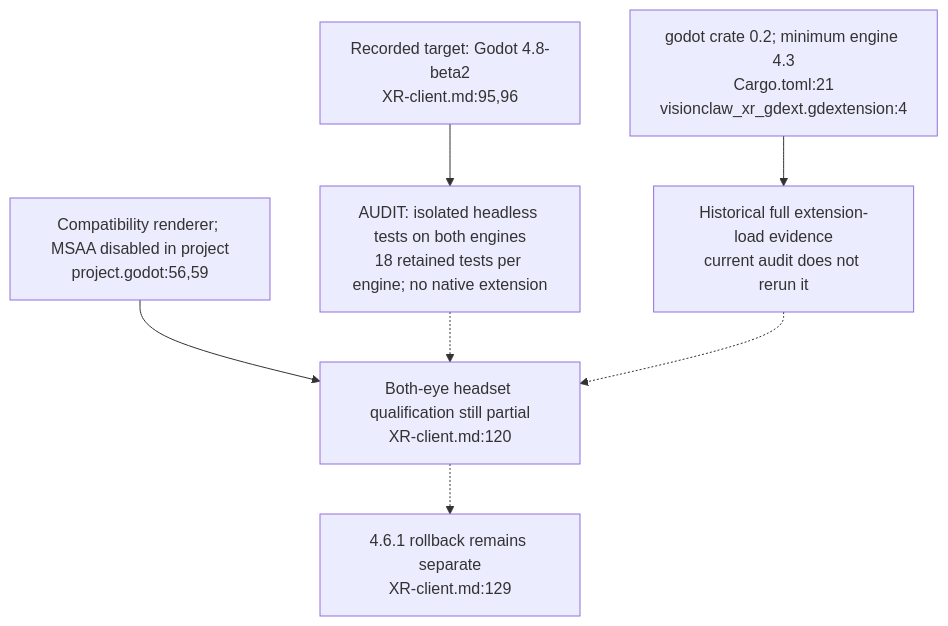
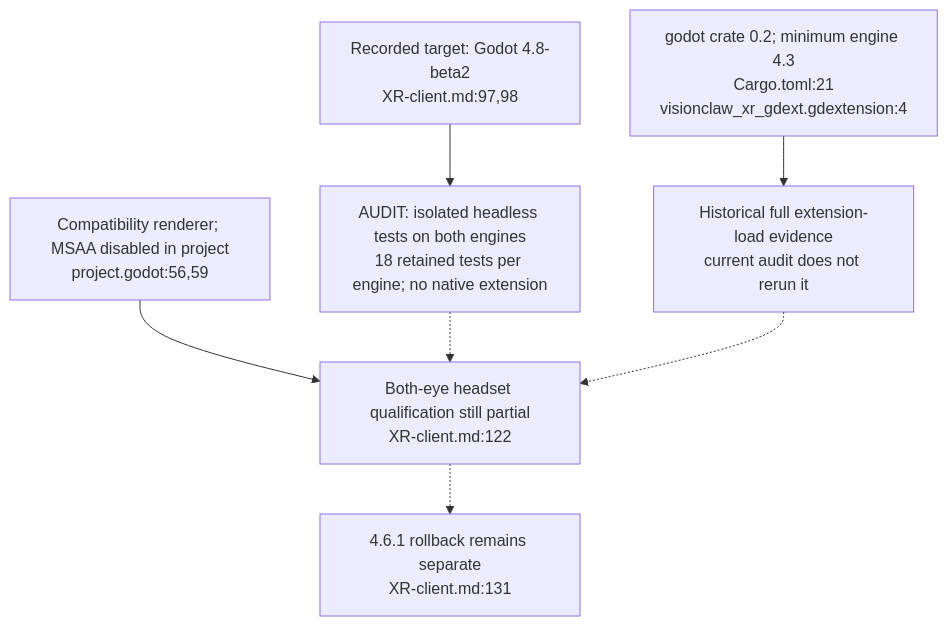
One commit to DreamLab-AI/VisionFlow changed the fourth of 5 diagrams in docs/diagrams/visionclaw/51-xr-visual-budget-and-engine-gates.md. Above: the diagram before and after it, drawn with Mermaid. The commit also changed other lines of this file and 173 other files, not shown here.

````diff
--- a/docs/diagrams/visionclaw/51-xr-visual-budget-and-engine-gates.md
+++ b/docs/diagrams/visionclaw/51-xr-visual-budget-and-engine-gates.md
@@ -79,10 +79,10 @@
 ```mermaid
 flowchart TD
-    TARGET["Recorded target: Godot 4.8-beta2<br/>XR-client.md:95,96"] --> CONTROLLER["AUDIT: isolated headless tests on both engines<br/>18 retained tests per engine; no native extension"]
-    ROLLBACK["4.6.1 rollback remains separate<br/>XR-client.md:129"]
+    TARGET["Recorded target: Godot 4.8-beta2<br/>XR-client.md:97,98"] --> CONTROLLER["AUDIT: isolated headless tests on both engines<br/>18 retained tests per engine; no native extension"]
+    ROLLBACK["4.6.1 rollback remains separate<br/>XR-client.md:131"]
     API["godot crate 0.2; minimum engine 4.3<br/>Cargo.toml:21<br/>visionclaw_xr_gdext.gdextension:4"] --> LOAD["Historical full extension-load evidence<br/>current audit does not rerun it"]
-    RENDER["Compatibility renderer; MSAA disabled in project<br/>project.godot:56,59"] --> STEREO["Both-eye headset qualification still partial<br/>XR-client.md:120"]
+    RENDER["Compatibility renderer; MSAA disabled in project<br/>project.godot:56,59"] --> STEREO["Both-eye headset qualification still partial<br/>XR-client.md:122"]
     CONTROLLER -.-> STEREO
     LOAD -.-> STEREO
     STEREO -.-> ROLLBACK
 ```
````
